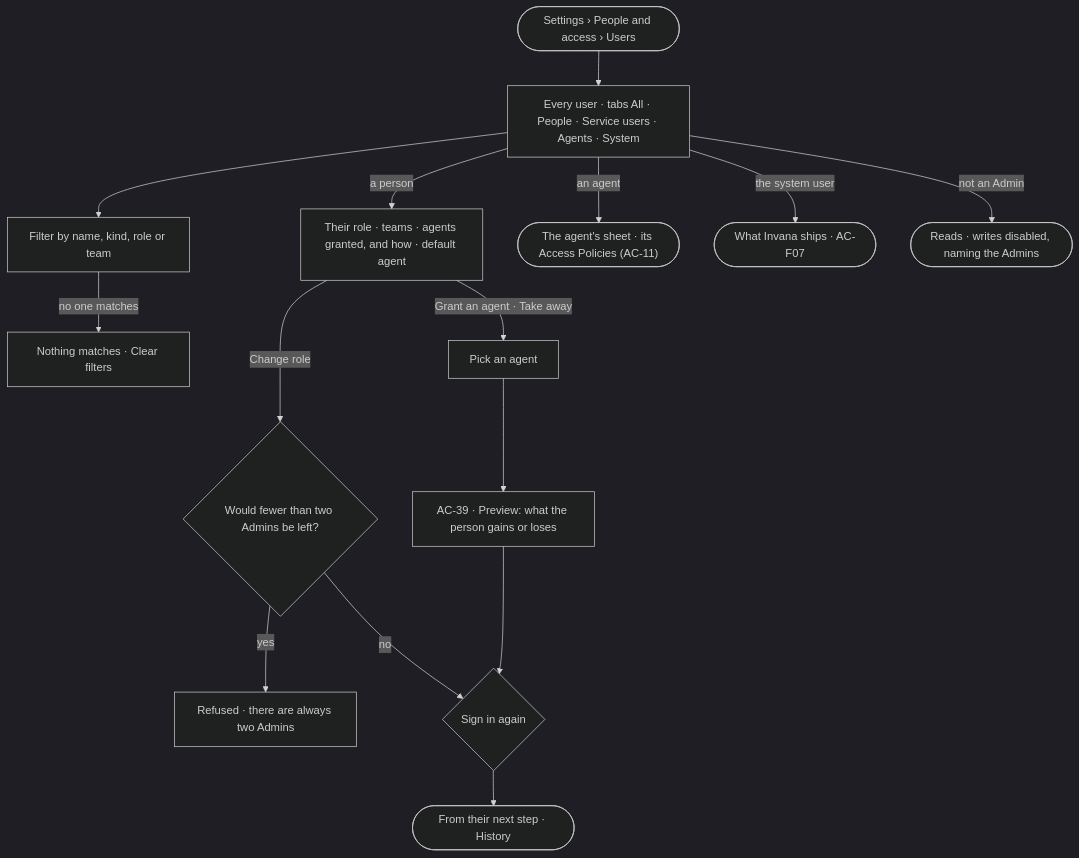
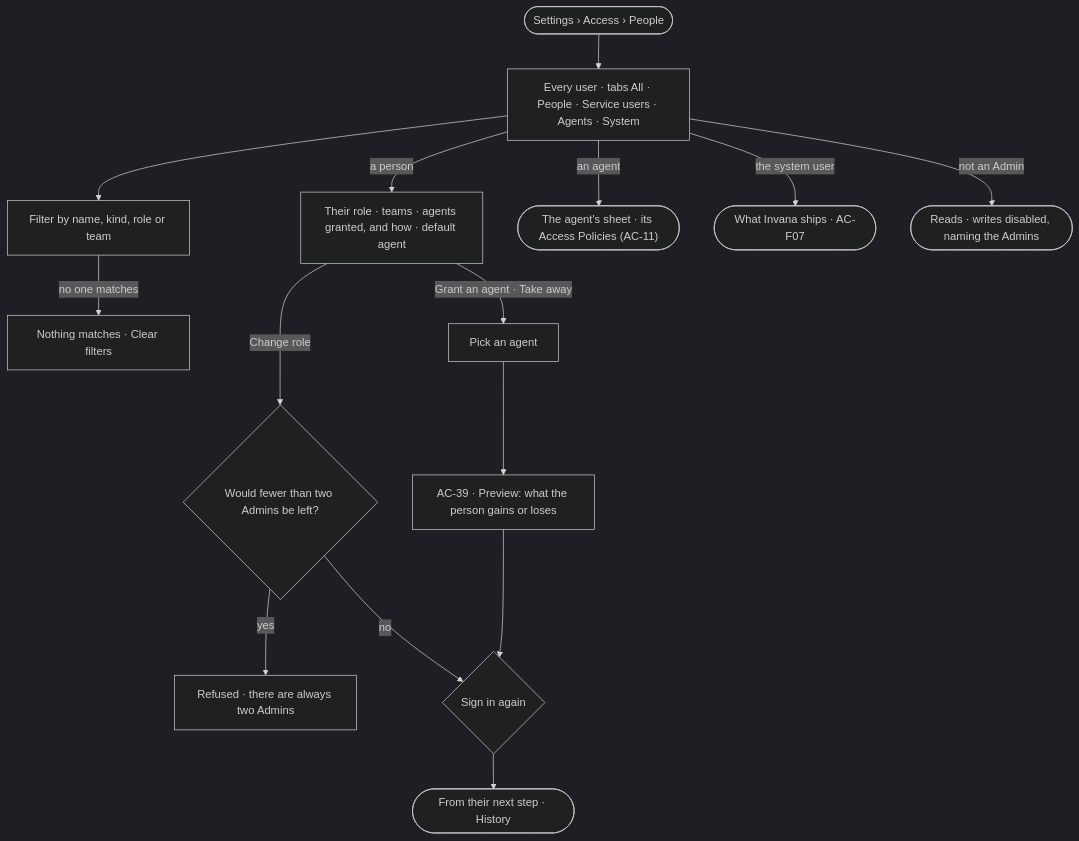
Before and after one commit to invana/invana: the diagram in specs/os/access/features/AC-F03-directory/stories/AC-22-see-every-user-and-set-a-persons-role/story.md, drawn with Mermaid (dark theme). The commit also changed 106 other files, not shown here.

````diff
--- a/specs/os/access/features/AC-F03-directory/stories/AC-22-see-every-user-and-set-a-persons-role/story.md
+++ b/specs/os/access/features/AC-F03-directory/stories/AC-22-see-every-user-and-set-a-persons-role/story.md
@@ -27,15 +27,15 @@
 ```mermaid
 flowchart TD
-  s([Settings › People and access › Users]) --> l["Every user · tabs All · People · Service users · Agents · System"]
+  s([Settings › Access › People]) --> l["Every user · tabs All · People · Service users · Agents · System"]
   l --> f["Filter by name, kind, role or team"]
   f -->|no one matches| fe["Nothing matches · Clear filters"]
   l -->|a person| p["Their role · teams · agents granted, and how · default agent"]
   p -->|Change role| r{"Would fewer than two Admins be left?"}
   r -->|yes| rr["Refused · there are always two Admins"]
   r -->|no| pw{"Sign in again"}
   pw --> ok(["From their next step · History"])
   p -->|Grant an agent · Take away| g["Pick an agent"] --> gp["AC-39 · Preview: what the person gains or loses"] --> pw
   l -->|an agent| a(["The agent's sheet · its Access Policies (AC-11)"])
   l -->|the system user| sys(["What Invana ships · AC-F07"])
   l -->|not an Admin| ro(["Reads · writes disabled, naming the Admins"])
 ```
````
